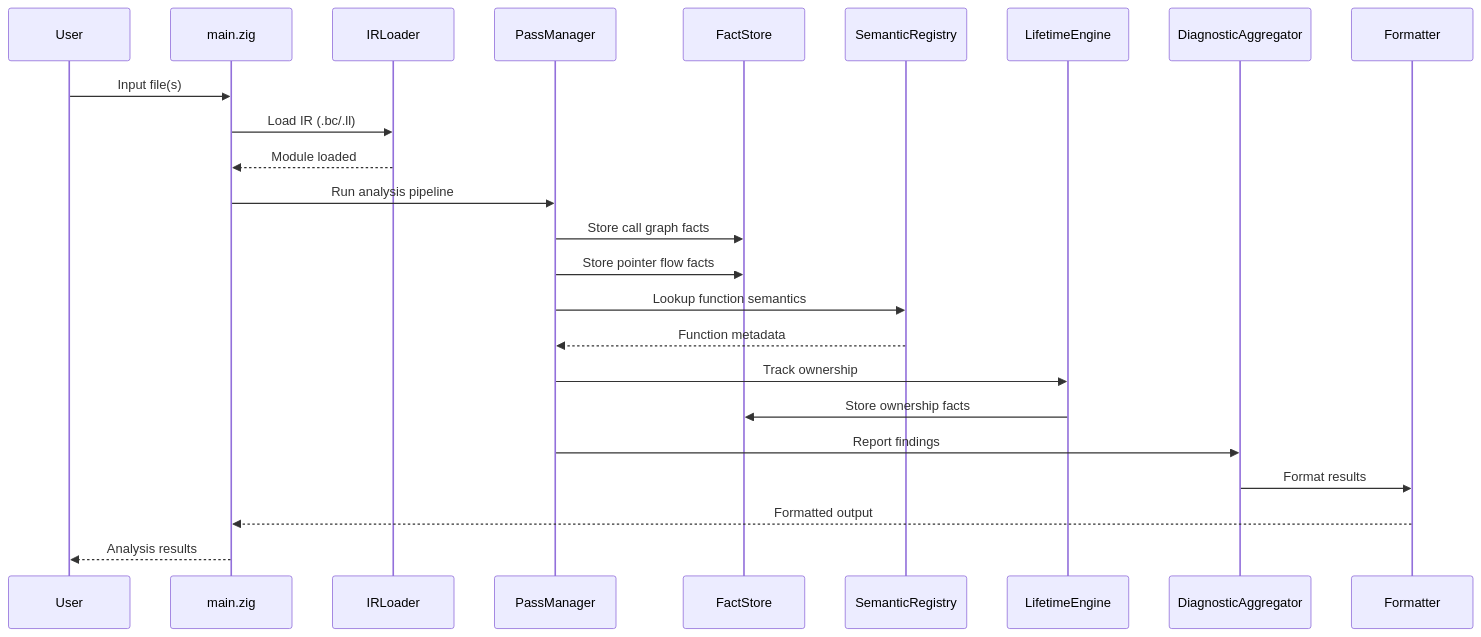
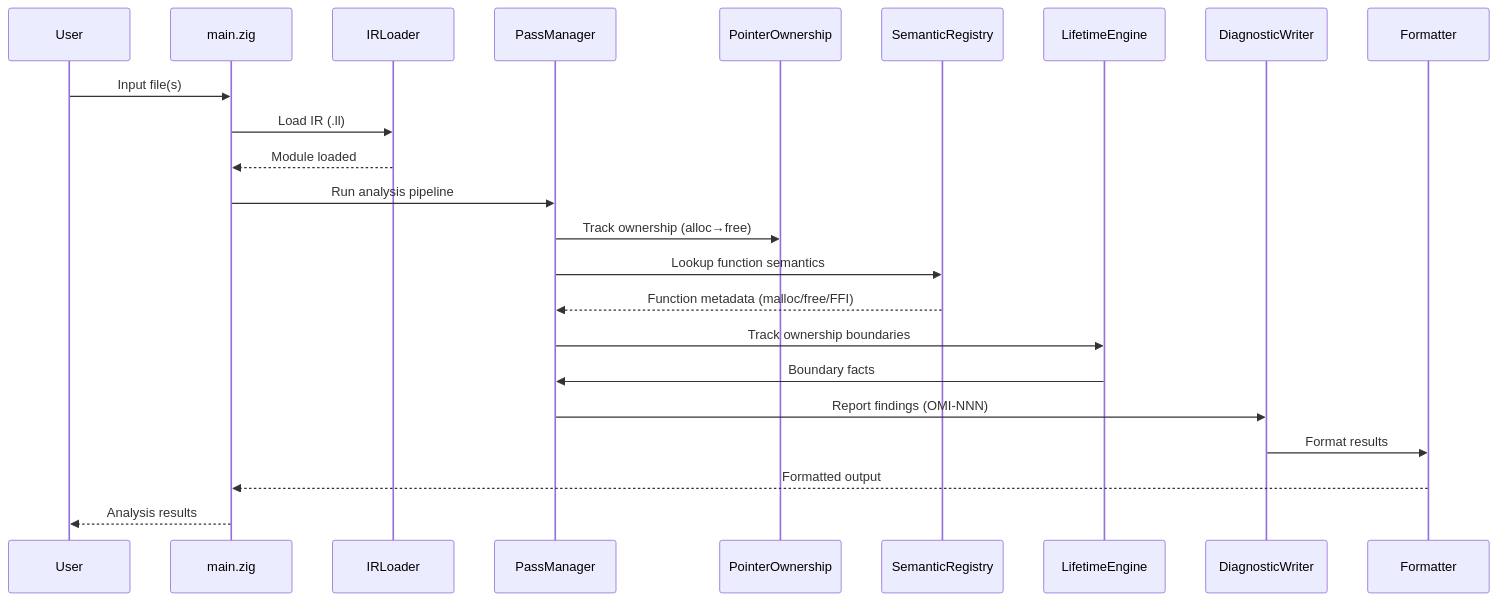
The third of 4 diagrams in docs/architecture.md (Timwood0x10/OmniScope), drawn with Mermaid before and after one commit. The commit also changed other lines of this file and 6 other files, not shown here.

````diff
--- a/docs/architecture.md
+++ b/docs/architecture.md
@@ -128,31 +119,30 @@
 ```mermaid
 sequenceDiagram
     participant User
     participant CLI as main.zig
     participant Loader as IRLoader
     participant Pass as PassManager
-    participant Fact as FactStore
+    participant Pointer as PointerOwnership
     participant Registry as SemanticRegistry
     participant Lifetime as LifetimeEngine
-    participant Diag as DiagnosticAggregator
+    participant Diag as DiagnosticWriter
     participant Output as Formatter
-    
+
     User->>CLI: Input file(s)
-    CLI->>Loader: Load IR (.bc/.ll)
+    CLI->>Loader: Load IR (.ll)
     Loader-->>CLI: Module loaded
-    
+
     CLI->>Pass: Run analysis pipeline
-    
-    Pass->>Fact: Store call graph facts
-    Pass->>Fact: Store pointer flow facts
+
+    Pass->>Pointer: Track ownership (alloc→free)
     Pass->>Registry: Lookup function semantics
-    Registry-->>Pass: Function metadata
-    
-    Pass->>Lifetime: Track ownership
-    Lifetime->>Fact: Store ownership facts
-    
-    Pass->>Diag: Report findings
+    Registry-->>Pass: Function metadata (malloc/free/FFI)
+
+    Pass->>Lifetime: Track ownership boundaries
+    Lifetime->>Pass: Boundary facts
+
+    Pass->>Diag: Report findings (OMI-NNN)
     Diag->>Output: Format results
     Output-->>CLI: Formatted output
     CLI-->>User: Analysis results
 ```
````
